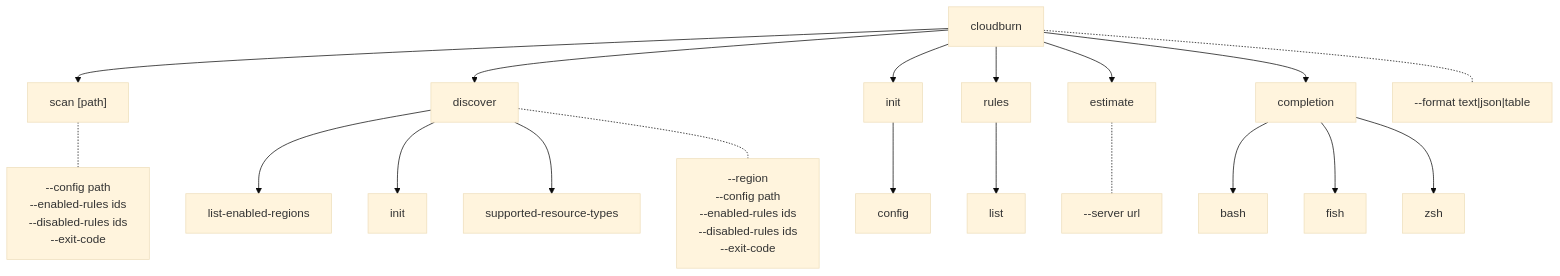
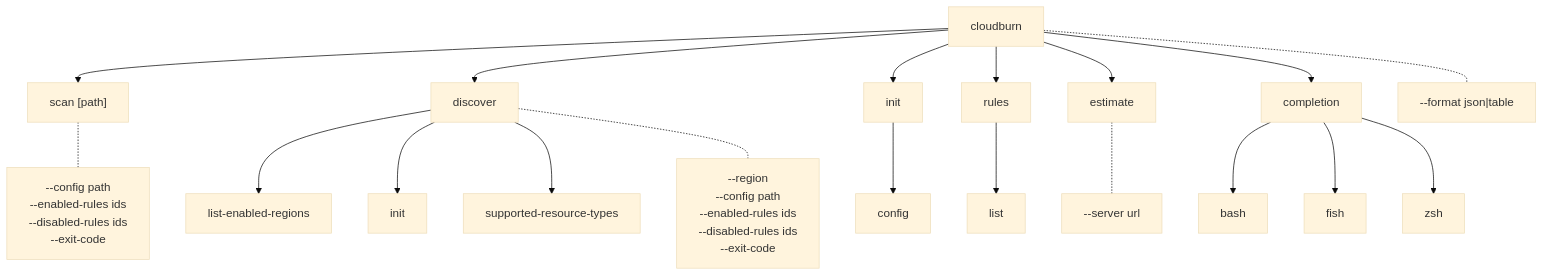
One commit to towardsthecloud/cloudburn changed the first of 2 diagrams in docs/architecture/cli.md. Above: the diagram before and after it, drawn with Mermaid (base theme). The commit also changed other lines of this file and 20 other files, not shown here.

Commit message:
fix: remove text output format support (#61)

````diff
--- a/docs/architecture/cli.md
+++ b/docs/architecture/cli.md
@@ -5,22 +5,22 @@
 ```mermaid
 graph TD
   Root["cloudburn"] --> Scan["scan [path]"]
   Root --> Discover["discover"]
   Root --> Init["init"]
   Root --> Rules["rules"]
   Root --> Estimate["estimate"]
   Root --> Completion["completion"]
   Rules --> RulesList["list"]
   Init --> InitConfig["config"]
   Discover --> DiscoverRegions["list-enabled-regions"]
   Discover --> DiscoverInit["init"]
   Discover --> DiscoverTypes["supported-resource-types"]
   Completion --> CompletionBash["bash"]
   Completion --> CompletionFish["fish"]
   Completion --> CompletionZsh["zsh"]
 
-  Root -.- RootFlags["--format text|json|table"]
+  Root -.- RootFlags["--format json|table"]
   Scan -.- ScanFlags["--config path\n--enabled-rules ids\n--disabled-rules ids\n--exit-code"]
   Discover -.- DiscoverFlags["--region <region|all>\n--config path\n--enabled-rules ids\n--disabled-rules ids\n--exit-code"]
   Estimate -.- EstimateFlags["--server url"]
 ```
````
